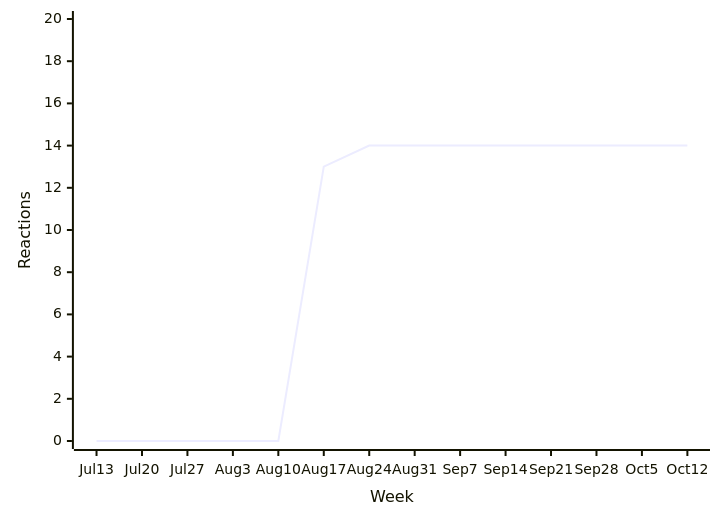
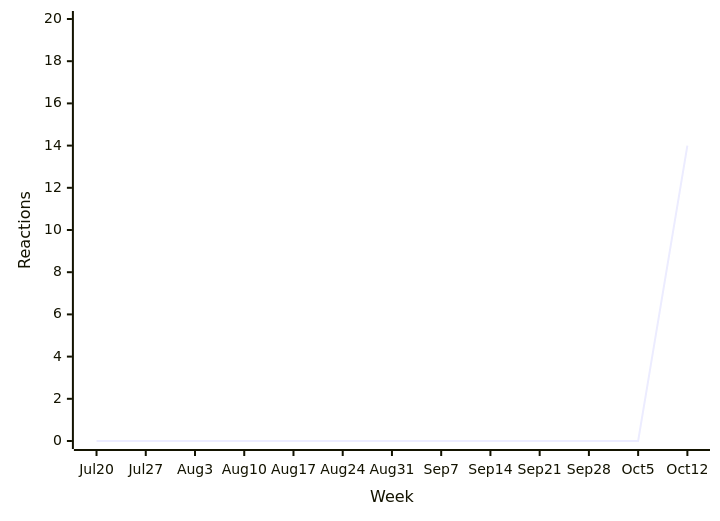
One commit to loic-sharma/github-insights changed the tenth of 38 diagrams in README.md. Above: the diagram before and after it, drawn with Mermaid. The commit also changed other lines of this file and 3 other files, not shown here.

````diff
--- a/README.md
+++ b/README.md
@@ -477,6 +477,6 @@
   ```mermaid
   xychart-beta
-    x-axis "Week" [Jul 13, Jul 20, Jul 27, Aug 3, Aug 10, Aug 17, Aug 24, Aug 31, Sep 7, Sep 14, Sep 21, Sep 28, Oct 5, Oct 12]
+    x-axis "Week" [Jul 20, Jul 27, Aug 3, Aug 10, Aug 17, Aug 24, Aug 31, Sep 7, Sep 14, Sep 21, Sep 28, Oct 5, Oct 12]
     y-axis "Reactions" 0 --> 20
-    line [0, 0, 0, 0, 0, 13, 14, 14, 14, 14, 14, 14, 14, 14]
+    line [0, 0, 0, 0, 0, 0, 0, 0, 0, 0, 0, 0, 14]
   ```
````
